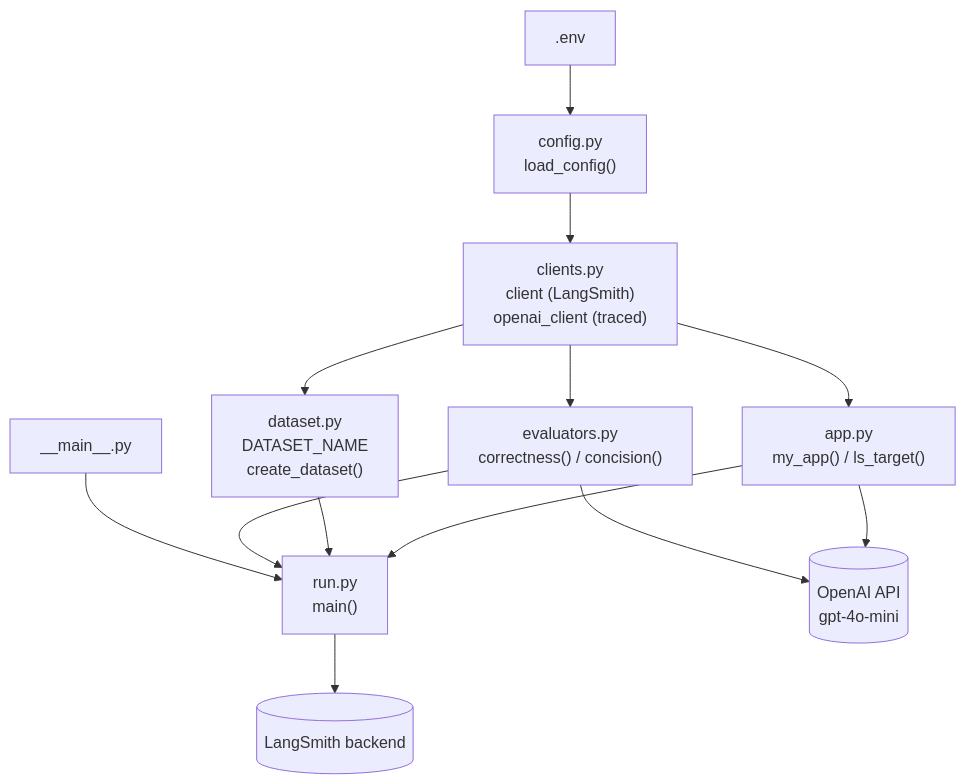
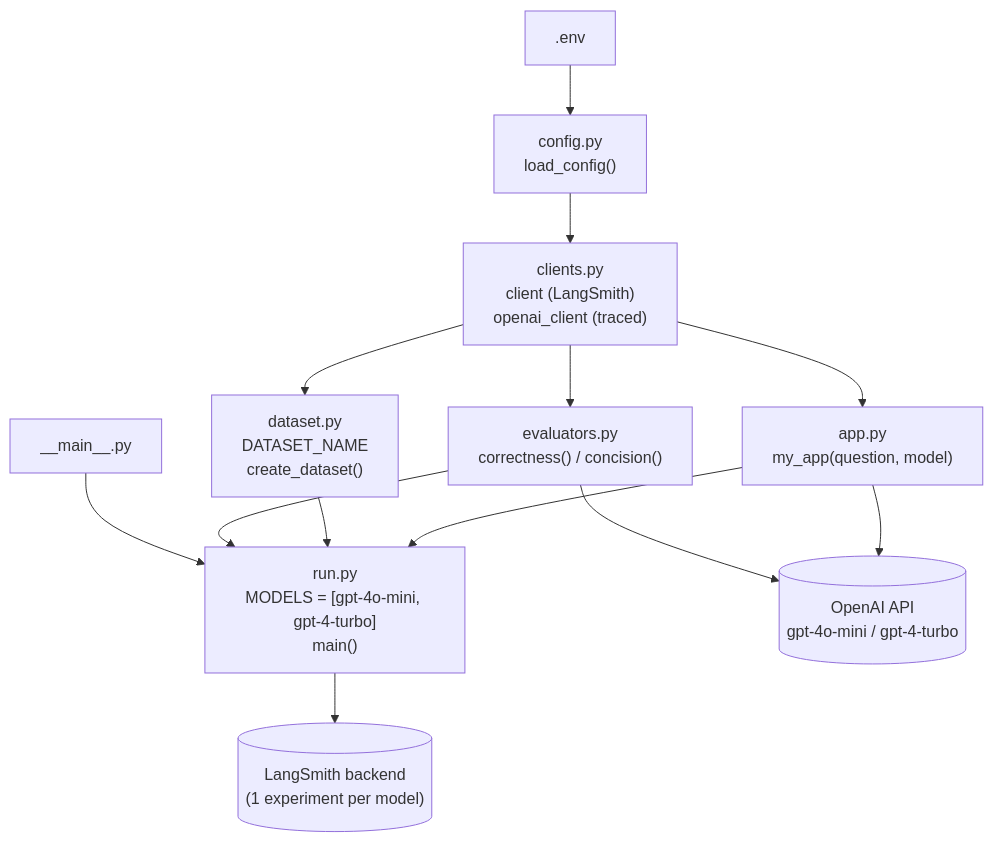
One commit to prithivi4Git/LLM-Evaluation changed the first of 2 diagrams in README.md. Above: the diagram before and after it, drawn with Mermaid. The commit also changed other lines of this file and 3 other files, not shown here.

````diff
--- a/README.md
+++ b/README.md
@@ -16,19 +16,19 @@
 ```mermaid
 graph TD
     ENV[".env"] --> CONFIG["config.py<br/>load_config()"]
     CONFIG --> CLIENTS["clients.py<br/>client (LangSmith)<br/>openai_client (traced)"]
 
-    CLIENTS --> APP["app.py<br/>my_app() / ls_target()"]
+    CLIENTS --> APP["app.py<br/>my_app(question, model)"]
     CLIENTS --> DATASET["dataset.py<br/>DATASET_NAME<br/>create_dataset()"]
     CLIENTS --> EVALUATORS["evaluators.py<br/>correctness() / concision()"]
 
-    APP --> RUN["run.py<br/>main()"]
+    APP --> RUN["run.py<br/>MODELS = [gpt-4o-mini, gpt-4-turbo]<br/>main()"]
     DATASET --> RUN
     EVALUATORS --> RUN
 
-    RUN --> LS[("LangSmith backend")]
-    APP --> OPENAI[("OpenAI API<br/>gpt-4o-mini")]
+    RUN --> LS[("LangSmith backend<br/>(1 experiment per model)")]
+    APP --> OPENAI[("OpenAI API<br/>gpt-4o-mini / gpt-4-turbo")]
     EVALUATORS --> OPENAI
 
     MAIN["__main__.py"] --> RUN
 ```
````
